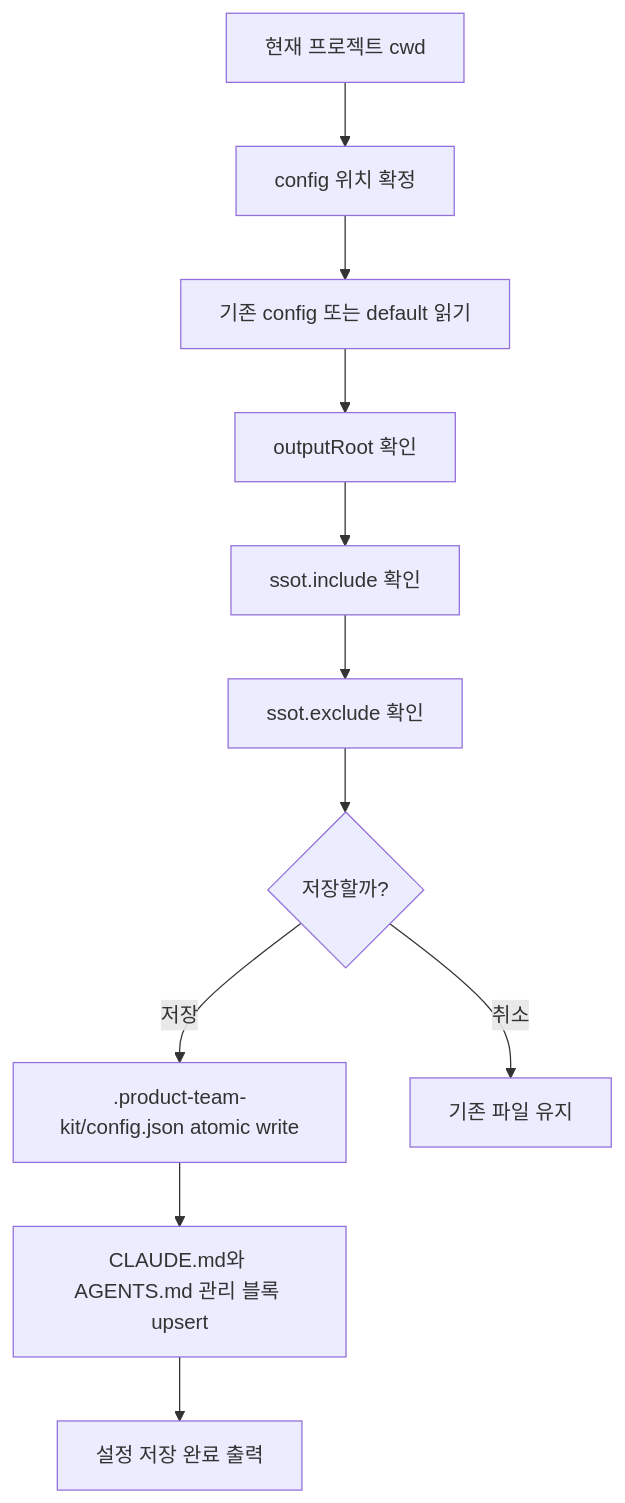
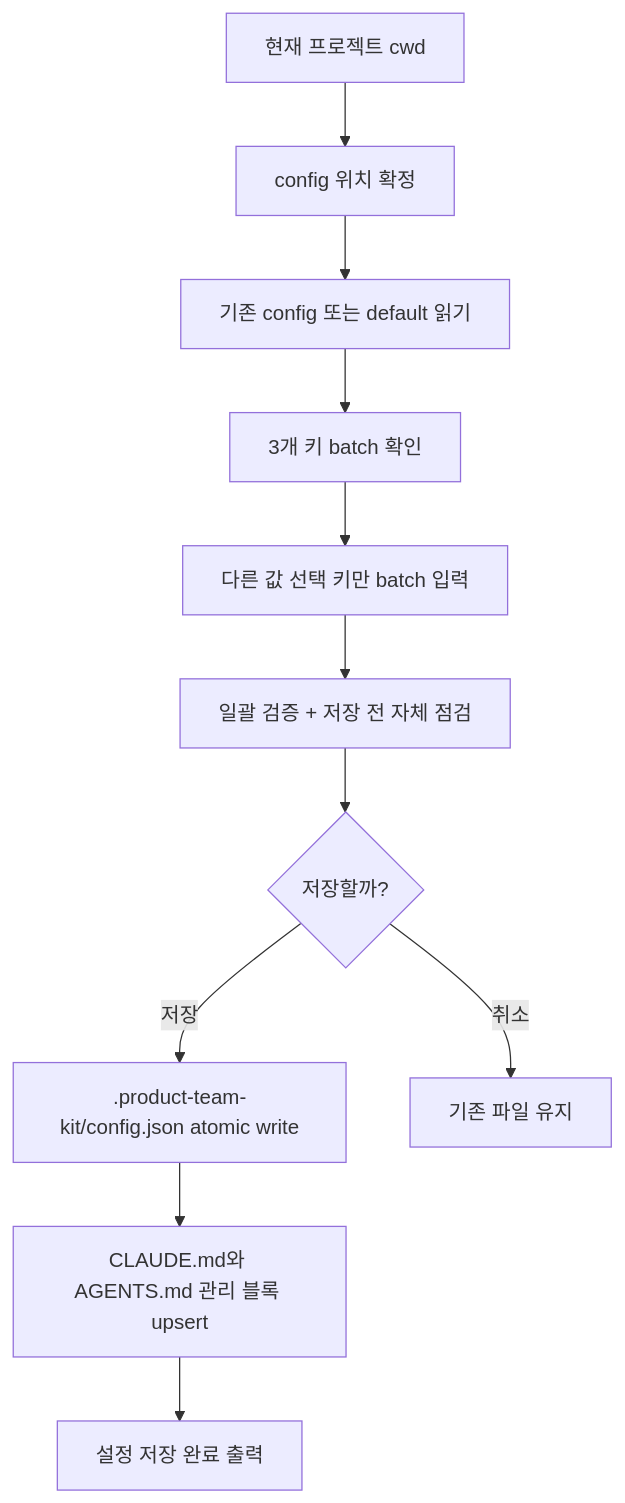
One commit to inkwonjung-colosseum/plugins changed the second of 5 diagrams in product-team-kit/docs/skills-workflow.md. Above: the diagram before and after it, drawn with Mermaid. The commit also changed other lines of this file and 19 other files, not shown here.

````diff
--- a/product-team-kit/docs/skills-workflow.md
+++ b/product-team-kit/docs/skills-workflow.md
@@ -96,13 +96,13 @@
 ```mermaid
 flowchart TD
     A[현재 프로젝트 cwd] --> B[config 위치 확정]
     B --> C[기존 config 또는 default 읽기]
-    C --> D[outputRoot 확인]
-    D --> E[ssot.include 확인]
-    E --> F[ssot.exclude 확인]
+    C --> D[3개 키 batch 확인]
+    D --> E[다른 값 선택 키만 batch 입력]
+    E --> F[일괄 검증 + 저장 전 자체 점검]
     F --> G{저장할까?}
     G -- 저장 --> H[.product-team-kit/config.json atomic write]
     H --> J[CLAUDE.md와 AGENTS.md 관리 블록 upsert]
     J --> K[설정 저장 완료 출력]
     G -- 취소 --> I[기존 파일 유지]
 ```
````
